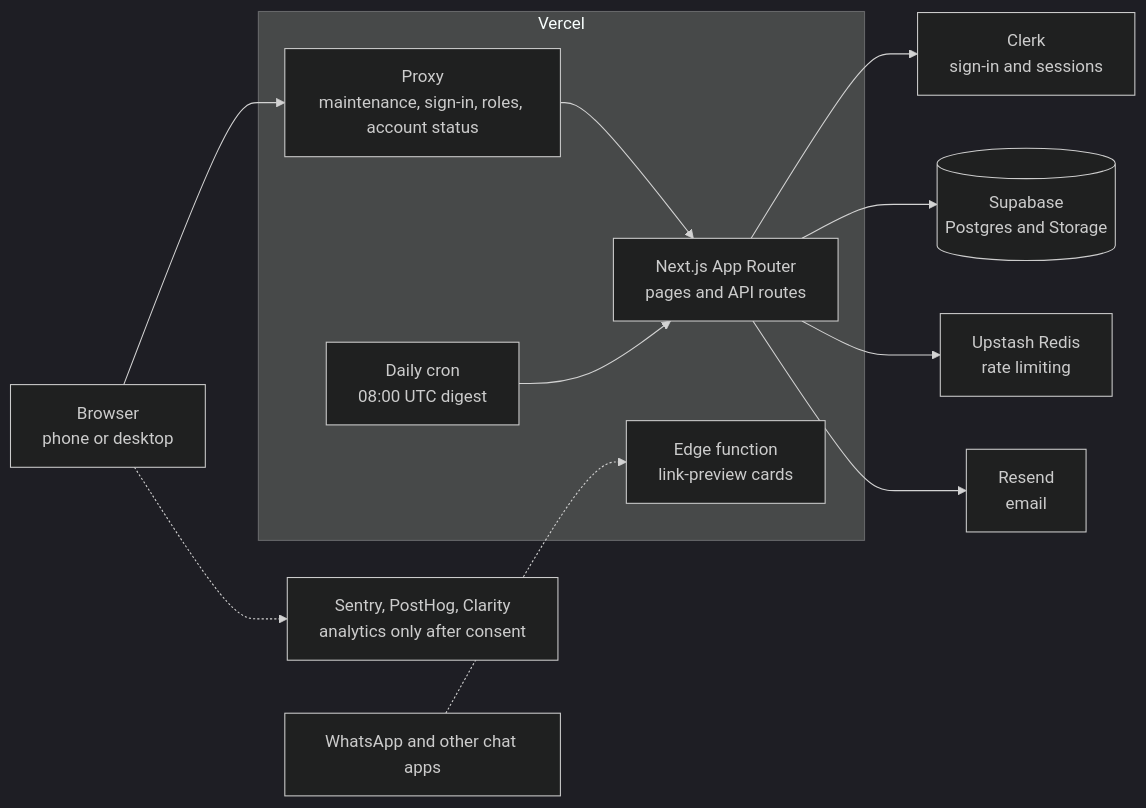
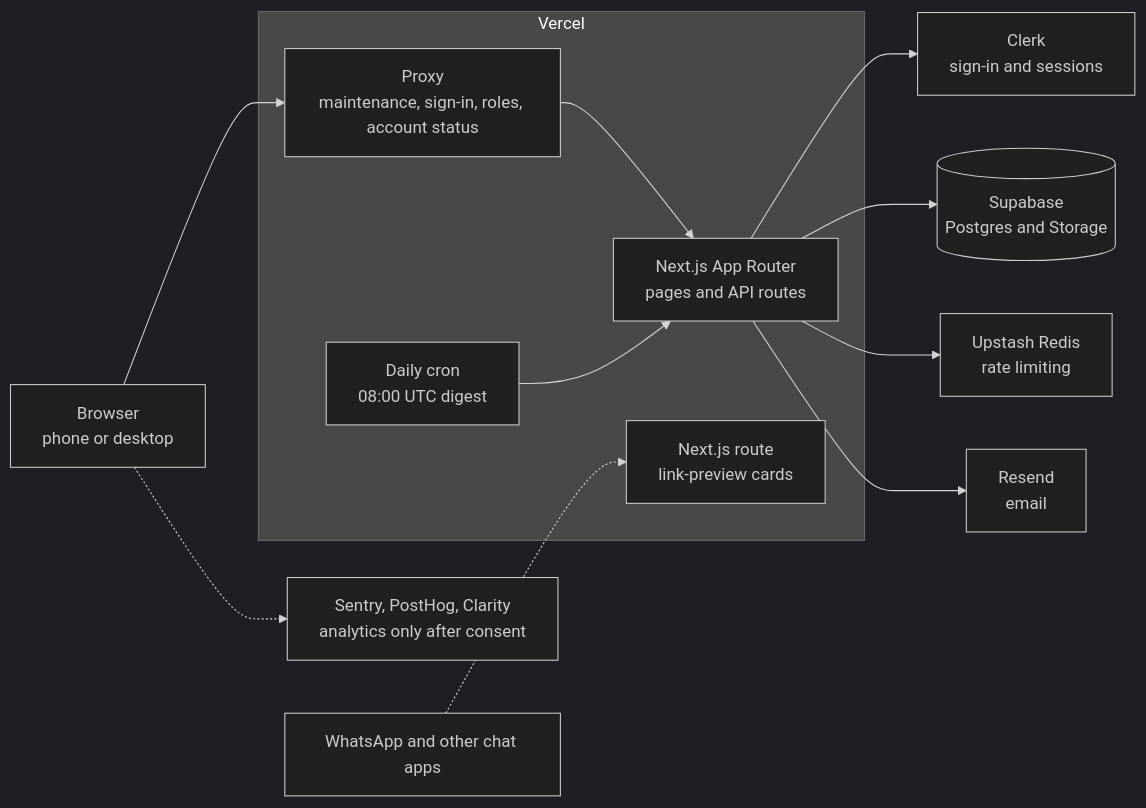
The first of 2 diagrams in docs/architecture.md (UmairBasharti/reweave-showcase), drawn with Mermaid (dark theme) before and after one commit. The commit also changed other lines of this file and 7 other files, not shown here.

First line of the commit message:
docs: show the new link-preview cards and remove the green bar from the social preview

````diff
--- a/docs/architecture.md
+++ b/docs/architecture.md
@@ -5,15 +5,15 @@
 ```mermaid
 flowchart LR
     U["Browser<br/>phone or desktop"] --> P
     subgraph V["Vercel"]
         P["Proxy<br/>maintenance, sign-in, roles, account status"] --> A["Next.js App Router<br/>pages and API routes"]
         C["Daily cron<br/>08:00 UTC digest"] --> A
-        OG["Edge function<br/>link-preview cards"]
+        OG["Next.js route<br/>link-preview cards"]
     end
     A --> CL["Clerk<br/>sign-in and sessions"]
     A --> SB[("Supabase<br/>Postgres and Storage")]
     A --> UP["Upstash Redis<br/>rate limiting"]
     A --> RS["Resend<br/>email"]
     U -.-> OB["Sentry, PostHog, Clarity<br/>analytics only after consent"]
     CH["WhatsApp and other chat apps"] -.-> OG
 ```
````
